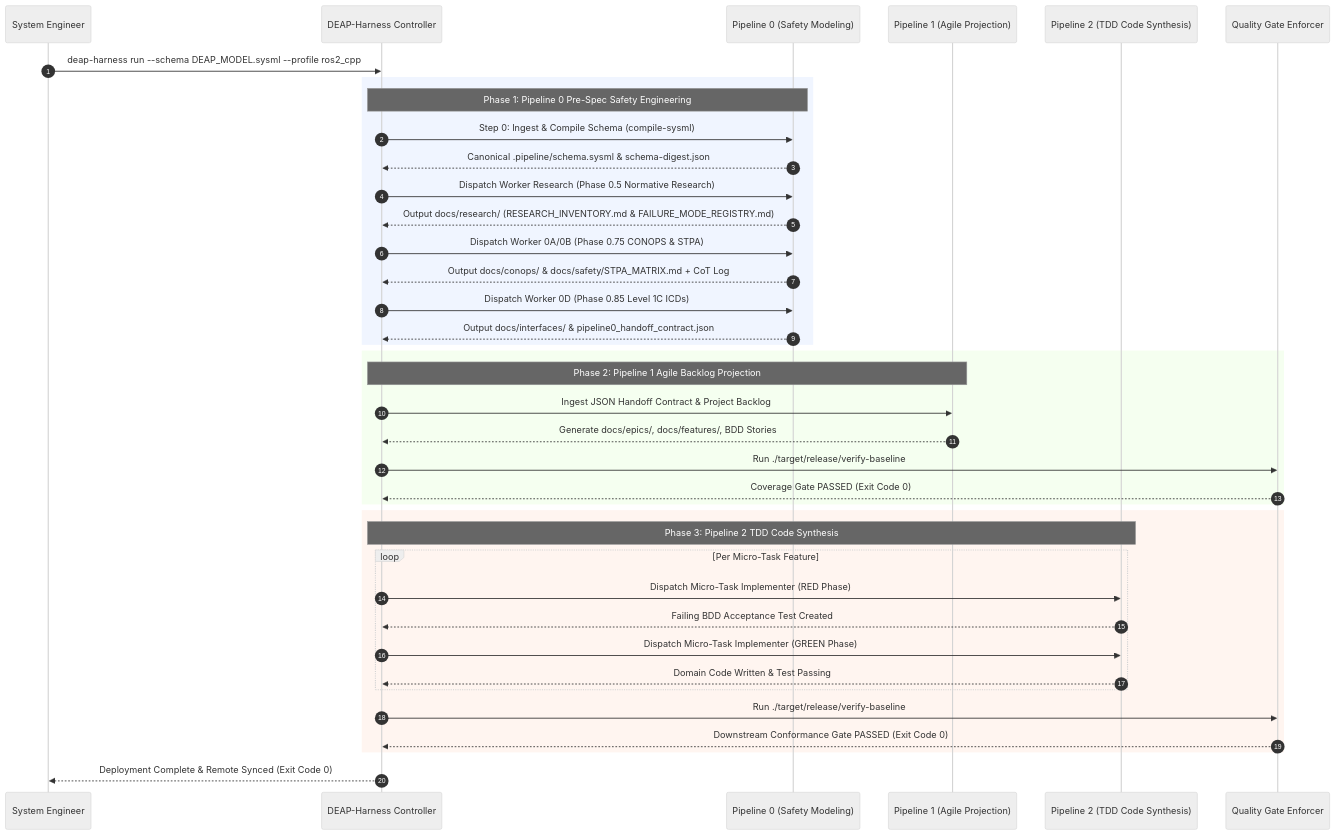
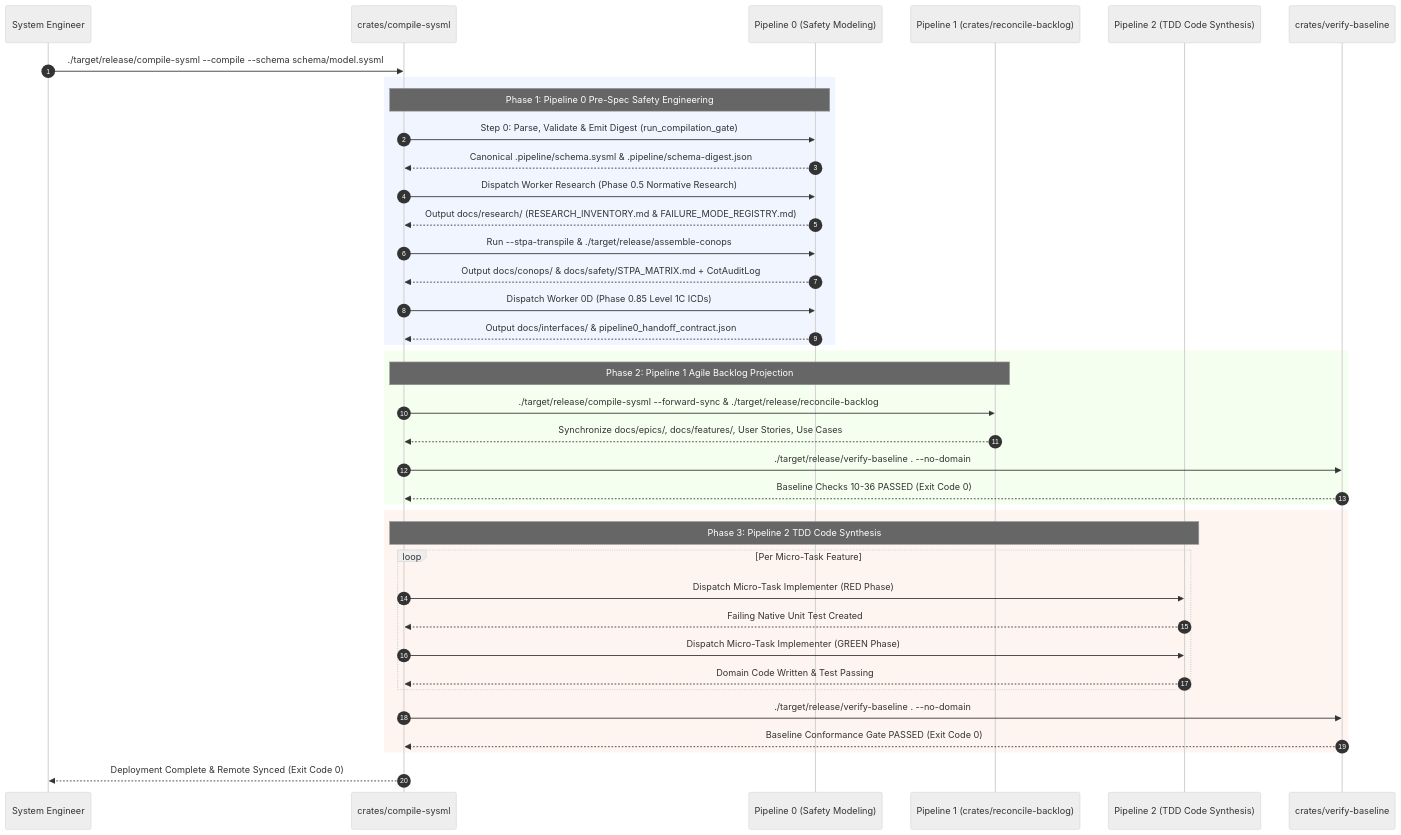
Before and after one commit to gintatkinson/DEAP01-spec-core: the fourth of 4 diagrams in docs/architecture/blueprints/DEAP_DEEPSEEK_HARNESS_INTEGRATION_BLUEPRINT.md, drawn with Mermaid (neutral theme). The commit also changed other lines of this file and 28 other files, not shown here.

Commit message:
feat(verify-baseline,deap-core,compile-sysml): implement Option C blueprint capabilities and Check 37 blueprint grounding gate

````diff
--- a/docs/architecture/blueprints/DEAP_DEEPSEEK_HARNESS_INTEGRATION_BLUEPRINT.md
+++ b/docs/architecture/blueprints/DEAP_DEEPSEEK_HARNESS_INTEGRATION_BLUEPRINT.md
@@ -193,46 +218,46 @@
 ```mermaid
 sequenceDiagram
     autonumber
     participant User as System Engineer
-    participant Harness as DEAP-Harness Controller
+    participant Compiler as crates/compile-sysml
     participant P0 as Pipeline 0 (Safety Modeling)
-    participant P1 as Pipeline 1 (Agile Projection)
+    participant P1 as Pipeline 1 (crates/reconcile-backlog)
     participant P2 as Pipeline 2 (TDD Code Synthesis)
-    participant Gates as Quality Gate Enforcer
+    participant Gates as crates/verify-baseline
 
-    User->>Harness: deap-harness run --schema DEAP_MODEL.sysml --profile ros2_cpp
+    User->>Compiler: ./target/release/compile-sysml --compile --schema schema/model.sysml
     
     rect rgb(240, 245, 255)
-        note over Harness,P0: Phase 1: Pipeline 0 Pre-Spec Safety Engineering
-        Harness->>P0: Step 0: Ingest & Compile Schema (compile-sysml)
-        P0-->>Harness: Canonical .pipeline/schema.sysml & schema-digest.json
-        Harness->>P0: Dispatch Worker Research (Phase 0.5 Normative Research)
-        P0-->>Harness: Output docs/research/ (RESEARCH_INVENTORY.md & FAILURE_MODE_REGISTRY.md)
-        Harness->>P0: Dispatch Worker 0A/0B (Phase 0.75 CONOPS & STPA)
-        P0-->>Harness: Output docs/conops/ & docs/safety/STPA_MATRIX.md + CoT Log
-        Harness->>P0: Dispatch Worker 0D (Phase 0.85 Level 1C ICDs)
-        P0-->>Harness: Output docs/interfaces/ & pipeline0_handoff_contract.json
+        note over Compiler,P0: Phase 1: Pipeline 0 Pre-Spec Safety Engineering
+        Compiler->>P0: Step 0: Parse, Validate & Emit Digest (run_compilation_gate)
+        P0-->>Compiler: Canonical .pipeline/schema.sysml & .pipeline/schema-digest.json
+        Compiler->>P0: Dispatch Worker Research (Phase 0.5 Normative Research)
+        P0-->>Compiler: Output docs/research/ (RESEARCH_INVENTORY.md & FAILURE_MODE_REGISTRY.md)
+        Compiler->>P0: Run --stpa-transpile & ./target/release/assemble-conops
+        P0-->>Compiler: Output docs/conops/ & docs/safety/STPA_MATRIX.md + CotAuditLog
+        Compiler->>P0: Dispatch Worker 0D (Phase 0.85 Level 1C ICDs)
+        P0-->>Compiler: Output docs/interfaces/ & pipeline0_handoff_contract.json
     end
 
     rect rgb(245, 255, 240)
-        note over Harness,P1: Phase 2: Pipeline 1 Agile Backlog Projection
-        Harness->>P1: Ingest JSON Handoff Contract & Project Backlog
-        P1-->>Harness: Generate docs/epics/, docs/features/, BDD Stories
-        Harness->>Gates: Run ./target/release/verify-baseline
-        Gates-->>Harness: Coverage Gate PASSED (Exit Code 0)
+        note over Compiler,P1: Phase 2: Pipeline 1 Agile Backlog Projection
+        Compiler->>P1: ./target/release/compile-sysml --forward-sync & ./target/release/reconcile-backlog
+        P1-->>Compiler: Synchronize docs/epics/, docs/features/, User Stories, Use Cases
+        Compiler->>Gates: ./target/release/verify-baseline . --no-domain
+        Gates-->>Compiler: Baseline Checks 10-36 PASSED (Exit Code 0)
     end
 
     rect rgb(255, 245, 240)
-        note over Harness,P2: Phase 3: Pipeline 2 TDD Code Synthesis
+        note over Compiler,P2: Phase 3: Pipeline 2 TDD Code Synthesis
         loop Per Micro-Task Feature
-            Harness->>P2: Dispatch Micro-Task Implementer (RED Phase)
-            P2-->>Harness: Failing BDD Acceptance Test Created
-            Harness->>P2: Dispatch Micro-Task Implementer (GREEN Phase)
-            P2-->>Harness: Domain Code Written & Test Passing
+            Compiler->>P2: Dispatch Micro-Task Implementer (RED Phase)
+            P2-->>Compiler: Failing Native Unit Test Created
+            Compiler->>P2: Dispatch Micro-Task Implementer (GREEN Phase)
+            P2-->>Compiler: Domain Code Written & Test Passing
         end
-        Harness->>Gates: Run ./target/release/verify-baseline
-        Gates-->>Harness: Downstream Conformance Gate PASSED (Exit Code 0)
+        Compiler->>Gates: ./target/release/verify-baseline . --no-domain
+        Gates-->>Compiler: Baseline Conformance Gate PASSED (Exit Code 0)
     end
 
-    Harness-->>User: Deployment Complete & Remote Synced (Exit Code 0)
+    Compiler-->>User: Deployment Complete & Remote Synced (Exit Code 0)
 ```
````
